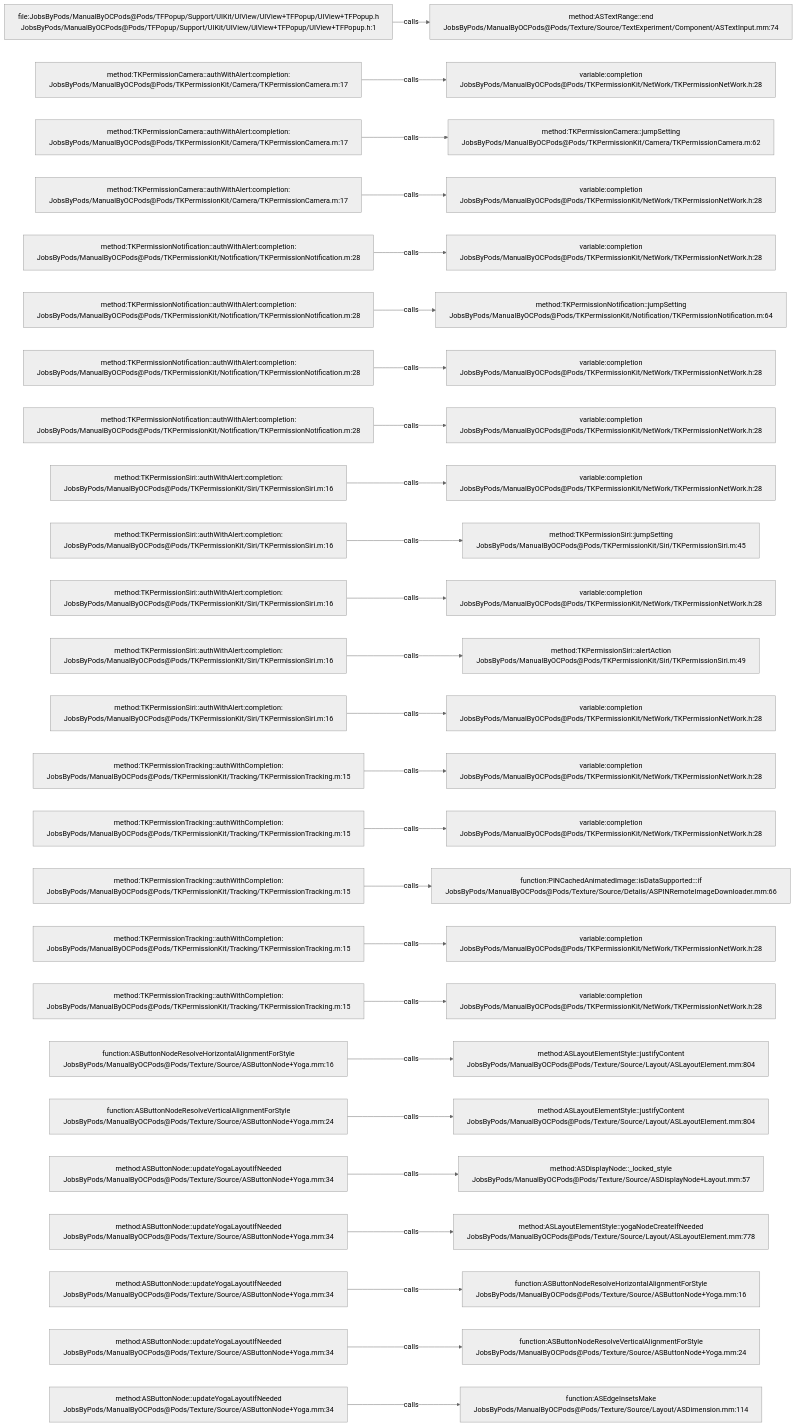
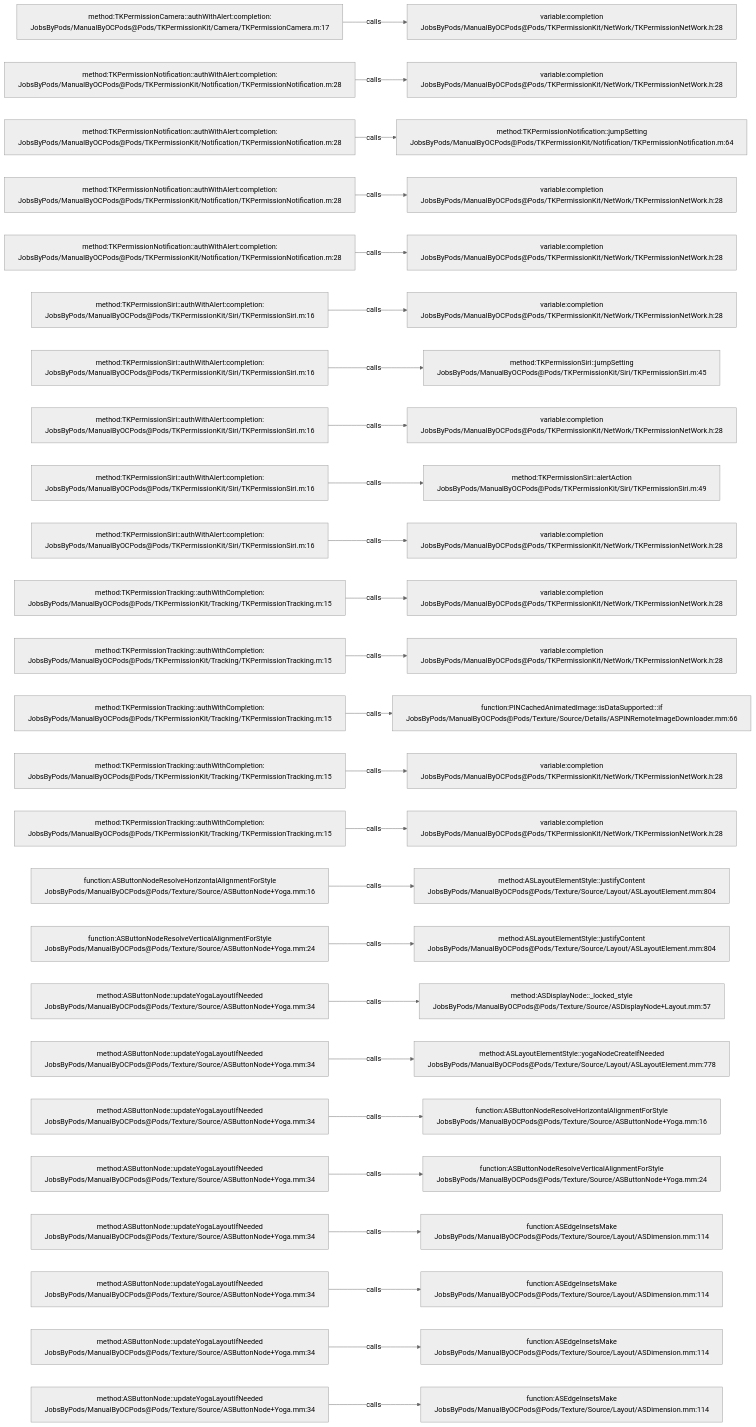
One commit to JobsKits/JobsOCBaseConfigDemo changed the diagram in .codegraph/codegraph.md/graphs/calls-072.md. Above: the diagram before and after it, drawn with Mermaid (neutral theme). The commit also changed 342 other files, not shown here.

````diff
--- a/.codegraph/codegraph.md/graphs/calls-072.md
+++ b/.codegraph/codegraph.md/graphs/calls-072.md
@@ -13,78 +13,78 @@
 ```mermaid
 flowchart LR
-  S1["file:JobsByPods/ManualByOCPods@Pods/TFPopup/Support/UIKit/UIView/UIView+TFPopup/UIView+TFPopup.h<br/>JobsByPods/ManualByOCPods@Pods/TFPopup/Support/UIKit/UIView/UIView+TFPopup/UIView+TFPopup.h:1"]
-  T1["method:ASTextRange::end<br/>JobsByPods/ManualByOCPods@Pods/Texture/Source/TextExperiment/Component/ASTextInput.mm:74"]
+  S1["method:TKPermissionCamera::authWithAlert:completion:<br/>JobsByPods/ManualByOCPods@Pods/TKPermissionKit/Camera/TKPermissionCamera.m:17"]
+  T1["variable:completion<br/>JobsByPods/ManualByOCPods@Pods/TKPermissionKit/NetWork/TKPermissionNetWork.h:28"]
   S1 -->|calls| T1
-  S2["method:TKPermissionCamera::authWithAlert:completion:<br/>JobsByPods/ManualByOCPods@Pods/TKPermissionKit/Camera/TKPermissionCamera.m:17"]
+  S2["method:TKPermissionNotification::authWithAlert:completion:<br/>JobsByPods/ManualByOCPods@Pods/TKPermissionKit/Notification/TKPermissionNotification.m:28"]
   T2["variable:completion<br/>JobsByPods/ManualByOCPods@Pods/TKPermissionKit/NetWork/TKPermissionNetWork.h:28"]
   S2 -->|calls| T2
-  S3["method:TKPermissionCamera::authWithAlert:completion:<br/>JobsByPods/ManualByOCPods@Pods/TKPermissionKit/Camera/TKPermissionCamera.m:17"]
-  T3["method:TKPermissionCamera::jumpSetting<br/>JobsByPods/ManualByOCPods@Pods/TKPermissionKit/Camera/TKPermissionCamera.m:62"]
+  S3["method:TKPermissionNotification::authWithAlert:completion:<br/>JobsByPods/ManualByOCPods@Pods/TKPermissionKit/Notification/TKPermissionNotification.m:28"]
+  T3["method:TKPermissionNotification::jumpSetting<br/>JobsByPods/ManualByOCPods@Pods/TKPermissionKit/Notification/TKPermissionNotification.m:64"]
   S3 -->|calls| T3
-  S4["method:TKPermissionCamera::authWithAlert:completion:<br/>JobsByPods/ManualByOCPods@Pods/TKPermissionKit/Camera/TKPermissionCamera.m:17"]
+  S4["method:TKPermissionNotification::authWithAlert:completion:<br/>JobsByPods/ManualByOCPods@Pods/TKPermissionKit/Notification/TKPermissionNotification.m:28"]
   T4["variable:completion<br/>JobsByPods/ManualByOCPods@Pods/TKPermissionKit/NetWork/TKPermissionNetWork.h:28"]
   S4 -->|calls| T4
   S5["method:TKPermissionNotification::authWithAlert:completion:<br/>JobsByPods/ManualByOCPods@Pods/TKPermissionKit/Notification/TKPermissionNotification.m:28"]
   T5["variable:completion<br/>JobsByPods/ManualByOCPods@Pods/TKPermissionKit/NetWork/TKPermissionNetWork.h:28"]
   S5 -->|calls| T5
-  S6["method:TKPermissionNotification::authWithAlert:completion:<br/>JobsByPods/ManualByOCPods@Pods/TKPermissionKit/Notification/TKPermissionNotification.m:28"]
-  T6["method:TKPermissionNotification::jumpSetting<br/>JobsByPods/ManualByOCPods@Pods/TKPermissionKit/Notification/TKPermissionNotification.m:64"]
+  S6["method:TKPermissionSiri::authWithAlert:completion:<br/>JobsByPods/ManualByOCPods@Pods/TKPermissionKit/Siri/TKPermissionSiri.m:16"]
+  T6["variable:completion<br/>JobsByPods/ManualByOCPods@Pods/TKPermissionKit/NetWork/TKPermissionNetWork.h:28"]
   S6 -->|calls| T6
-  S7["method:TKPermissionNotification::authWithAlert:completion:<br/>JobsByPods/ManualByOCPods@Pods/TKPermissionKit/Notification/TKPermissionNotification.m:28"]
-  T7["variable:completion<br/>JobsByPods/ManualByOCPods@Pods/TKPermissionKit/NetWork/TKPermissionNetWork.h:28"]
+  S7["method:TKPermissionSiri::authWithAlert:completion:<br/>JobsByPods/ManualByOCPods@Pods/TKPermissionKit/Siri/TKPermissionSiri.m:16"]
+  T7["method:TKPermissionSiri::jumpSetting<br/>JobsByPods/ManualByOCPods@Pods/TKPermissionKit/Siri/TKPermissionSiri.m:45"]
   S7 -->|calls| T7
-  S8["method:TKPermissionNotification::authWithAlert:completion:<br/>JobsByPods/ManualByOCPods@Pods/TKPermissionKit/Notification/TKPermissionNotification.m:28"]
+  S8["method:TKPermissionSiri::authWithAlert:completion:<br/>JobsByPods/ManualByOCPods@Pods/TKPermissionKit/Siri/TKPermissionSiri.m:16"]
   T8["variable:completion<br/>JobsByPods/ManualByOCPods@Pods/TKPermissionKit/NetWork/TKPermissionNetWork.h:28"]
   S8 -->|calls| T8
   S9["method:TKPermissionSiri::authWithAlert:completion:<br/>JobsByPods/ManualByOCPods@Pods/TKPermissionKit/Siri/TKPermissionSiri.m:16"]
-  T9["variable:completion<br/>JobsByPods/ManualByOCPods@Pods/TKPermissionKit/NetWork/TKPermissionNetWork.h:28"]
+  T9["method:TKPermissionSiri::alertAction<br/>JobsByPods/ManualByOCPods@Pods/TKPermissionKit/Siri/TKPermissionSiri.m:49"]
   S9 -->|calls| T9
   S10["method:TKPermissionSiri::authWithAlert:completion:<br/>JobsByPods/ManualByOCPods@Pods/TKPermissionKit/Siri/TKPermissionSiri.m:16"]
-  T10["method:TKPermissionSiri::jumpSetting<br/>JobsByPods/ManualByOCPods@Pods/TKPermissionKit/Siri/TKPermissionSiri.m:45"]
+  T10["variable:completion<br/>JobsByPods/ManualByOCPods@Pods/TKPermissionKit/NetWork/TKPermissionNetWork.h:28"]
   S10 -->|calls| T10
-  S11["method:TKPermissionSiri::authWithAlert:completion:<br/>JobsByPods/ManualByOCPods@Pods/TKPermissionKit/Siri/TKPermissionSiri.m:16"]
+  S11["method:TKPermissionTracking::authWithCompletion:<br/>JobsByPods/ManualByOCPods@Pods/TKPermissionKit/Tracking/TKPermissionTracking.m:15"]
   T11["variable:completion<br/>JobsByPods/ManualByOCPods@Pods/TKPermissionKit/NetWork/TKPermissionNetWork.h:28"]
   S11 -->|calls| T11
-  S12["method:TKPermissionSiri::authWithAlert:completion:<br/>JobsByPods/ManualByOCPods@Pods/TKPermissionKit/Siri/TKPermissionSiri.m:16"]
-  T12["method:TKPermissionSiri::alertAction<br/>JobsByPods/ManualByOCPods@Pods/TKPermissionKit/Siri/TKPermissionSiri.m:49"]
+  S12["method:TKPermissionTracking::authWithCompletion:<br/>JobsByPods/ManualByOCPods@Pods/TKPermissionKit/Tracking/TKPermissionTracking.m:15"]
+  T12["variable:completion<br/>JobsByPods/ManualByOCPods@Pods/TKPermissionKit/NetWork/TKPermissionNetWork.h:28"]
   S12 -->|calls| T12
-  S13["method:TKPermissionSiri::authWithAlert:completion:<br/>JobsByPods/ManualByOCPods@Pods/TKPermissionKit/Siri/TKPermissionSiri.m:16"]
-  T13["variable:completion<br/>JobsByPods/ManualByOCPods@Pods/TKPermissionKit/NetWork/TKPermissionNetWork.h:28"]
+  S13["method:TKPermissionTracking::authWithCompletion:<br/>JobsByPods/ManualByOCPods@Pods/TKPermissionKit/Tracking/TKPermissionTracking.m:15"]
+  T13["function:PINCachedAnimatedImage::isDataSupported:::if<br/>JobsByPods/ManualByOCPods@Pods/Texture/Source/Details/ASPINRemoteImageDownloader.mm:66"]
   S13 -->|calls| T13
   S14["method:TKPermissionTracking::authWithCompletion:<br/>JobsByPods/ManualByOCPods@Pods/TKPermissionKit/Tracking/TKPermissionTracking.m:15"]
   T14["variable:completion<br/>JobsByPods/ManualByOCPods@Pods/TKPermissionKit/NetWork/TKPermissionNetWork.h:28"]
   S14 -->|calls| T14
   S15["method:TKPermissionTracking::authWithCompletion:<br/>JobsByPods/ManualByOCPods@Pods/TKPermissionKit/Tracking/TKPermissionTracking.m:15"]
   T15["variable:completion<br/>JobsByPods/ManualByOCPods@Pods/TKPermissionKit/NetWork/TKPermissionNetWork.h:28"]
   S15 -->|calls| T15
-  S16["method:TKPermissionTracking::authWithCompletion:<br/>JobsByPods/ManualByOCPods@Pods/TKPermissionKit/Tracking/TKPermissionTracking.m:15"]
-  T16["function:PINCachedAnimatedImage::isDataSupported:::if<br/>JobsByPods/ManualByOCPods@Pods/Texture/Source/Details/ASPINRemoteImageDownloader.mm:66"]
+  S16["function:ASButtonNodeResolveHorizontalAlignmentForStyle<br/>JobsByPods/ManualByOCPods@Pods/Texture/Source/ASButtonNode+Yoga.mm:16"]
+  T16["method:ASLayoutElementStyle::justifyContent<br/>JobsByPods/ManualByOCPods@Pods/Texture/Source/Layout/ASLayoutElement.mm:804"]
   S16 -->|calls| T16
-  S17["method:TKPermissionTracking::authWithCompletion:<br/>JobsByPods/ManualByOCPods@Pods/TKPermissionKit/Tracking/TKPermissionTracking.m:15"]
-  T17["variable:completion<br/>JobsByPods/ManualByOCPods@Pods/TKPermissionKit/NetWork/TKPermissionNetWork.h:28"]
+  S17["function:ASButtonNodeResolveVerticalAlignmentForStyle<br/>JobsByPods/ManualByOCPods@Pods/Texture/Source/ASButtonNode+Yoga.mm:24"]
+  T17["method:ASLayoutElementStyle::justifyContent<br/>JobsByPods/ManualByOCPods@Pods/Texture/Source/Layout/ASLayoutElement.mm:804"]
   S17 -->|calls| T17
-  S18["method:TKPermissionTracking::authWithCompletion:<br/>JobsByPods/ManualByOCPods@Pods/TKPermissionKit/Tracking/TKPermissionTracking.m:15"]
-  T18["variable:completion<br/>JobsByPods/ManualByOCPods@Pods/TKPermissionKit/NetWork/TKPermissionNetWork.h:28"]
+  S18["method:ASButtonNode::updateYogaLayoutIfNeeded<br/>JobsByPods/ManualByOCPods@Pods/Texture/Source/ASButtonNode+Yoga.mm:34"]
+  T18["method:ASDisplayNode::_locked_style<br/>JobsByPods/ManualByOCPods@Pods/Texture/Source/ASDisplayNode+Layout.mm:57"]
   S18 -->|calls| T18
-  S19["function:ASButtonNodeResolveHorizontalAlignmentForStyle<br/>JobsByPods/ManualByOCPods@Pods/Texture/Source/ASButtonNode+Yoga.mm:16"]
-  T19["method:ASLayoutElementStyle::justifyContent<br/>JobsByPods/ManualByOCPods@Pods/Texture/Source/Layout/ASLayoutElement.mm:804"]
+  S19["method:ASButtonNode::updateYogaLayoutIfNeeded<br/>JobsByPods/ManualByOCPods@Pods/Texture/Source/ASButtonNode+Yoga.mm:34"]
+  T19["method:ASLayoutElementStyle::yogaNodeCreateIfNeeded<br/>JobsByPods/ManualByOCPods@Pods/Texture/Source/Layout/ASLayoutElement.mm:778"]
   S19 -->|calls| T19
-  S20["function:ASButtonNodeResolveVerticalAlignmentForStyle<br/>JobsByPods/ManualByOCPods@Pods/Texture/Source/ASButtonNode+Yoga.mm:24"]
-  T20["method:ASLayoutElementStyle::justifyContent<br/>JobsByPods/ManualByOCPods@Pods/Texture/Source/Layout/ASLayoutElement.mm:804"]
+  S20["method:ASButtonNode::updateYogaLayoutIfNeeded<br/>JobsByPods/ManualByOCPods@Pods/Texture/Source/ASButtonNode+Yoga.mm:34"]
+  T20["function:ASButtonNodeResolveHorizontalAlignmentForStyle<br/>JobsByPods/ManualByOCPods@Pods/Texture/Source/ASButtonNode+Yoga.mm:16"]
   S20 -->|calls| T20
   S21["method:ASButtonNode::updateYogaLayoutIfNeeded<br/>JobsByPods/ManualByOCPods@Pods/Texture/Source/ASButtonNode+Yoga.mm:34"]
-  T21["method:ASDisplayNode::_locked_style<br/>JobsByPods/ManualByOCPods@Pods/Texture/Source/ASDisplayNode+Layout.mm:57"]
+  T21["function:ASButtonNodeResolveVerticalAlignmentForStyle<br/>JobsByPods/ManualByOCPods@Pods/Texture/Source/ASButtonNode+Yoga.mm:24"]
   S21 -->|calls| T21
   S22["method:ASButtonNode::updateYogaLayoutIfNeeded<br/>JobsByPods/ManualByOCPods@Pods/Texture/Source/ASButtonNode+Yoga.mm:34"]
-  T22["method:ASLayoutElementStyle::yogaNodeCreateIfNeeded<br/>JobsByPods/ManualByOCPods@Pods/Texture/Source/Layout/ASLayoutElement.mm:778"]
+  T22["function:ASEdgeInsetsMake<br/>JobsByPods/ManualByOCPods@Pods/Texture/Source/Layout/ASDimension.mm:114"]
   S22 -->|calls| T22
   S23["method:ASButtonNode::updateYogaLayoutIfNeeded<br/>JobsByPods/ManualByOCPods@Pods/Texture/Source/ASButtonNode+Yoga.mm:34"]
-  T23["function:ASButtonNodeResolveHorizontalAlignmentForStyle<br/>JobsByPods/ManualByOCPods@Pods/Texture/Source/ASButtonNode+Yoga.mm:16"]
+  T23["function:ASEdgeInsetsMake<br/>JobsByPods/ManualByOCPods@Pods/Texture/Source/Layout/ASDimension.mm:114"]
   S23 -->|calls| T23
   S24["method:ASButtonNode::updateYogaLayoutIfNeeded<br/>JobsByPods/ManualByOCPods@Pods/Texture/Source/ASButtonNode+Yoga.mm:34"]
-  T24["function:ASButtonNodeResolveVerticalAlignmentForStyle<br/>JobsByPods/ManualByOCPods@Pods/Texture/Source/ASButtonNode+Yoga.mm:24"]
+  T24["function:ASEdgeInsetsMake<br/>JobsByPods/ManualByOCPods@Pods/Texture/Source/Layout/ASDimension.mm:114"]
   S24 -->|calls| T24
   S25["method:ASButtonNode::updateYogaLayoutIfNeeded<br/>JobsByPods/ManualByOCPods@Pods/Texture/Source/ASButtonNode+Yoga.mm:34"]
   T25["function:ASEdgeInsetsMake<br/>JobsByPods/ManualByOCPods@Pods/Texture/Source/Layout/ASDimension.mm:114"]
   S25 -->|calls| T25
 ```
````
